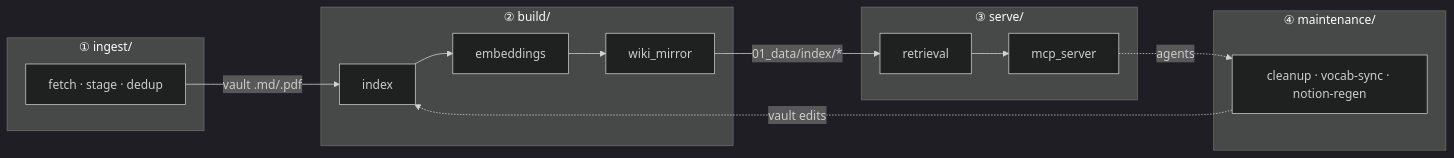
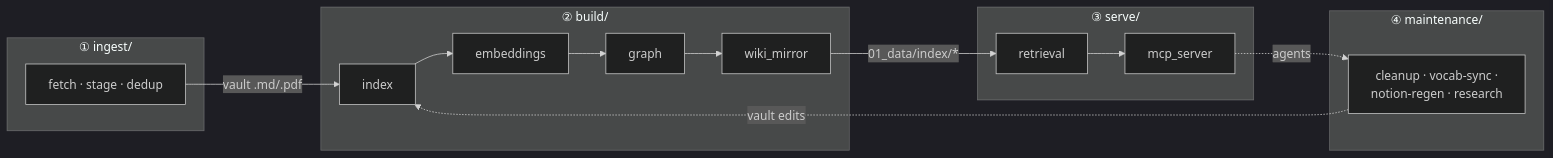
The diagram in ARCHITECTURE.md (wuharlem/llm-wiki-rag), drawn with Mermaid (dark theme) before and after one commit. The commit also changed other lines of this file and 6 other files, not shown here.

First line of the commit message:
docs: sync README/ARCHITECTURE/templates/sample with the graph + research feature line

````diff
--- a/ARCHITECTURE.md
+++ b/ARCHITECTURE.md
@@ -120,19 +120,19 @@
 ```mermaid
 flowchart LR
     subgraph ingest["① ingest/"]
         F["fetch · stage · dedup"]
     end
     subgraph build["② build/"]
-        I["index"] --> E["embeddings"] --> M["wiki_mirror"]
+        I["index"] --> E["embeddings"] --> G["graph"] --> M["wiki_mirror"]
     end
     subgraph serve["③ serve/"]
         R["retrieval"] --> S["mcp_server"]
     end
     subgraph maint["④ maintenance/"]
-        C["cleanup · vocab-sync · notion-regen"]
+        C["cleanup · vocab-sync ·<br/>notion-regen · research"]
     end
     F -->|"vault .md/.pdf"| I
     M -->|"01_data/index/*"| R
     S -.->|agents| C
     C -.->|"vault edits"| I
 ```
````
